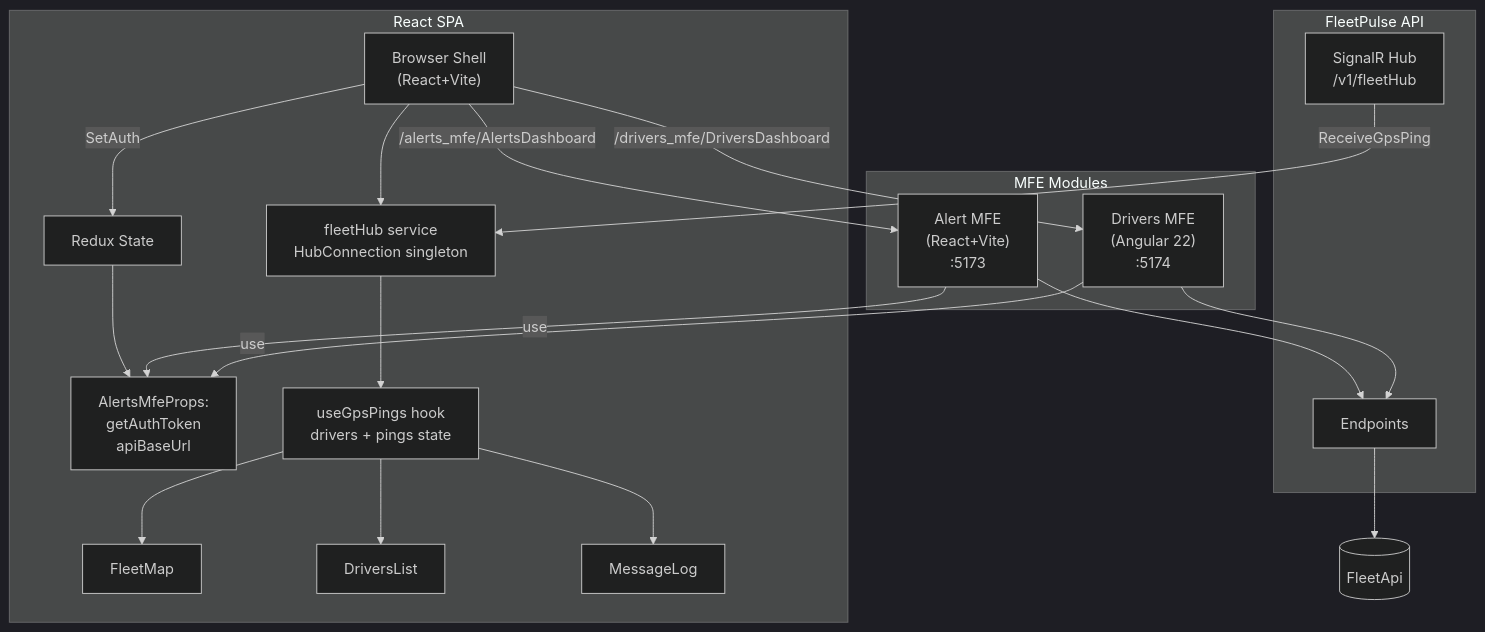
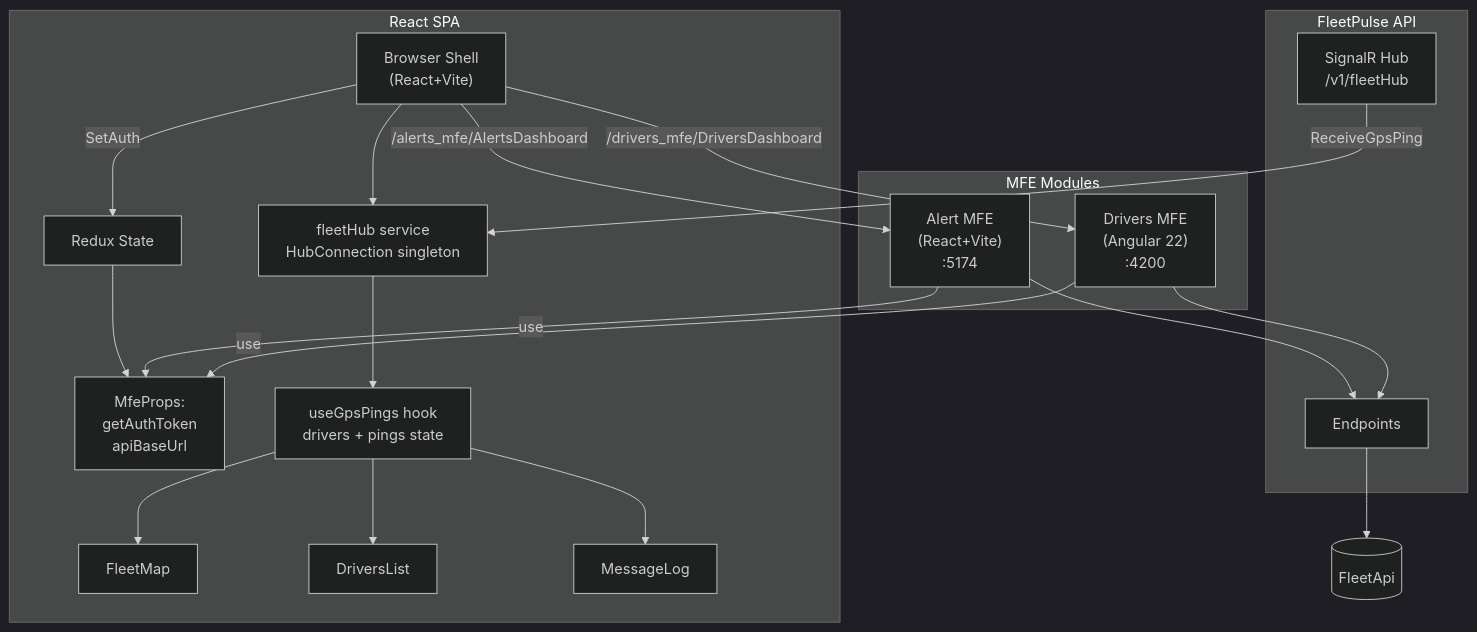
The diagram in docs/services/frontend.md (josehvaldes/fleetpulsesystem), drawn with Mermaid (dark theme) before and after one commit. The commit also changed 28 other files, not shown here.

Commit message:
complete React Host and Angular Remote module integration as Micro Frontends

````diff
--- a/docs/services/frontend.md
+++ b/docs/services/frontend.md
@@ -13,50 +13,50 @@
 ```mermaid
 graph TD
 
 subgraph Browser[React SPA]
 Shell["Browser Shell<br/>(React+Vite)"]
 Redux[Redux State]
-AlertsMfeProps[AlertsMfeProps: <br/>getAuthToken <br/> apiBaseUrl]
+MfeProps[MfeProps: <br/>getAuthToken <br/> apiBaseUrl]
 Service[fleetHub service<br/>HubConnection singleton]
 Hook[useGpsPings hook<br/>drivers + pings state]
 Map[FleetMap]
 List[DriversList]
 Log[MessageLog]
 
 end
 
 Shell --> Service
 Hub -- "ReceiveGpsPing" --> Service
 Service --> Hook
 Hook --> Map
 Hook --> List
 Hook --> Log
-Redux --> AlertsMfeProps
+Redux --> MfeProps
 
 subgraph MFE[MFE Modules]
-AlertsModule["Alert MFE <br/>(React+Vite)<br/>:5173"]
-DriversModule["Drivers MFE <br/>(Angular 22)<br/>:5174"]
+AlertsModule["Alert MFE <br/>(React+Vite)<br/>:5174"]
+DriversModule["Drivers MFE <br/>(Angular 22)<br/>:4200"]
 end
 
 
 subgraph API[FleetPulse API]
 Hub[SignalR Hub<br/>/v1/fleetHub]
 Endpoints[Endpoints]
 end
 
 Database[(FleetApi)]
 
 Endpoints --> Database
 
 Shell -- "/alerts_mfe/AlertsDashboard"--> AlertsModule
 Shell -- "/drivers_mfe/DriversDashboard" --> DriversModule
 
-AlertsModule -- "use" -->AlertsMfeProps
-DriversModule -- "use" -->AlertsMfeProps
+AlertsModule -- "use" -->MfeProps
+DriversModule -- "use" -->MfeProps
 
 AlertsModule --> Endpoints
 DriversModule --> Endpoints
 
 Shell -- "SetAuth" --> Redux
 
 ```
````
